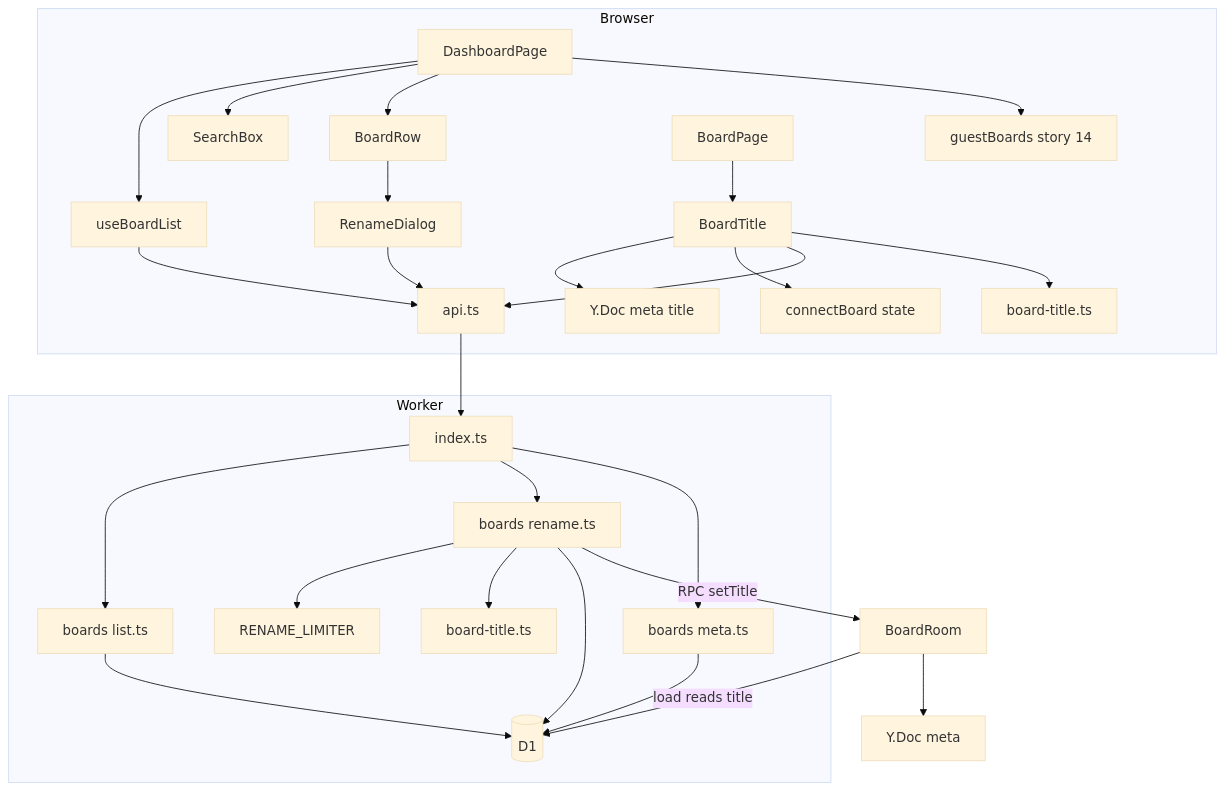
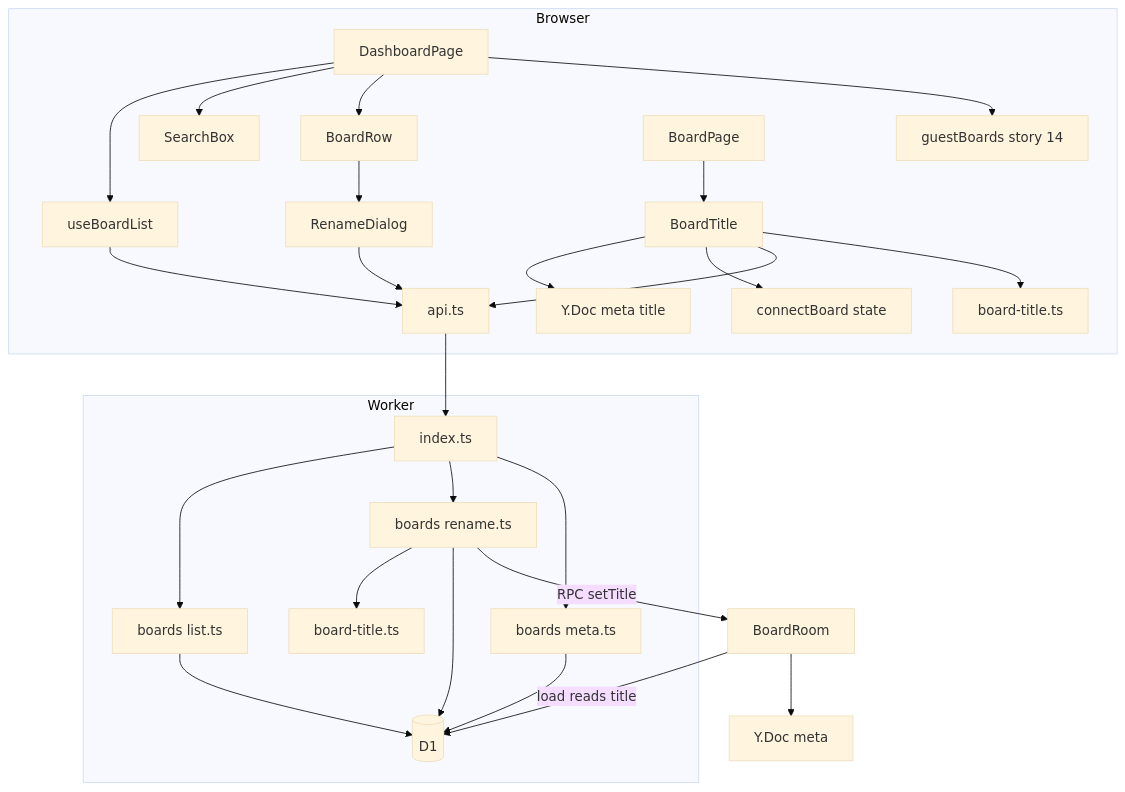
The first of 8 diagrams in benchmarks/vidi/spec/stories/015-create-rename-and-find-my-boards-from-a-dashboard/design.md (boxabirds/awesome-local-ai), drawn with Mermaid (base theme) before and after one commit. The commit also changed other lines of this file and 12 other files, not shown here.

````diff
--- a/benchmarks/vidi/spec/stories/015-create-rename-and-find-my-boards-from-a-dashboard/design.md
+++ b/benchmarks/vidi/spec/stories/015-create-rename-and-find-my-boards-from-a-dashboard/design.md
@@ -68,31 +65,30 @@
 ```mermaid
 flowchart TD
     subgraph Browser
         Dash[DashboardPage] --> ListHook[useBoardList]
         Dash --> Search[SearchBox]
         Dash --> Row[BoardRow]
         Row --> Dialog[RenameDialog]
         Dash --> Guest[guestBoards story 14]
         BoardPage[BoardPage] --> Title[BoardTitle]
         Title --> Doc[Y.Doc meta title]
         Title --> Conn[connectBoard state]
         ListHook --> Api[api.ts]
         Dialog --> Api
         Title --> Api
         Title --> Shared[board-title.ts]
     end
     subgraph Worker
         Routes[index.ts] --> List[boards list.ts]
         Routes --> Rename[boards rename.ts]
         Routes --> Meta[boards meta.ts]
-        Rename --> Limiter[RENAME_LIMITER]
         Rename --> Shared2[board-title.ts]
         List --> D1[(D1)]
         Rename --> D1
         Meta --> D1
     end
     Rename -->|RPC setTitle| Room[BoardRoom]
     Room -->|load reads title| D1
     Room --> YDocS[Y.Doc meta]
     Api --> Routes
 ```
````
